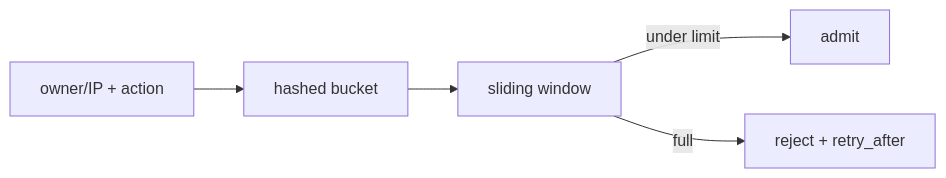
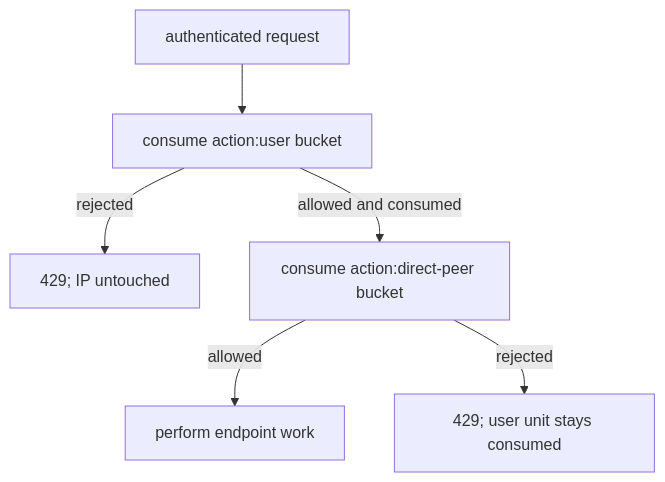
One commit to levalencia/archon changed the third of 3 diagrams in docs/course/concepts/rate-limiting.md. Above: the diagram before and after it, drawn with Mermaid. The commit also changed other lines of this file and 5 other files, not shown here.

````diff
--- a/docs/course/concepts/rate-limiting.md
+++ b/docs/course/concepts/rate-limiting.md
@@ -11,7 +128,8 @@
 ```mermaid
-flowchart LR
-  I[owner/IP + action] --> H[hashed bucket]
-  H --> W[sliding window]
-  W -->|under limit| A[admit]
-  W -->|full| R[reject + retry_after]
+flowchart TD
+  R[authenticated request] --> U[consume action:user bucket]
+  U -->|rejected| U429[429; IP untouched]
+  U -->|allowed and consumed| I[consume action:direct-peer bucket]
+  I -->|allowed| W[perform endpoint work]
+  I -->|rejected| I429[429; user unit stays consumed]
 ```
````
